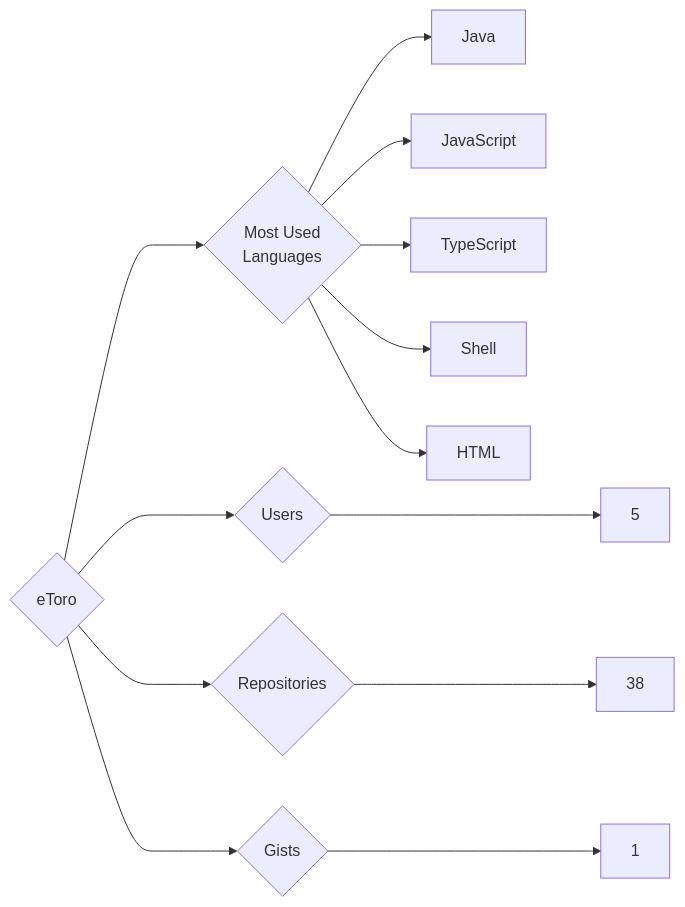
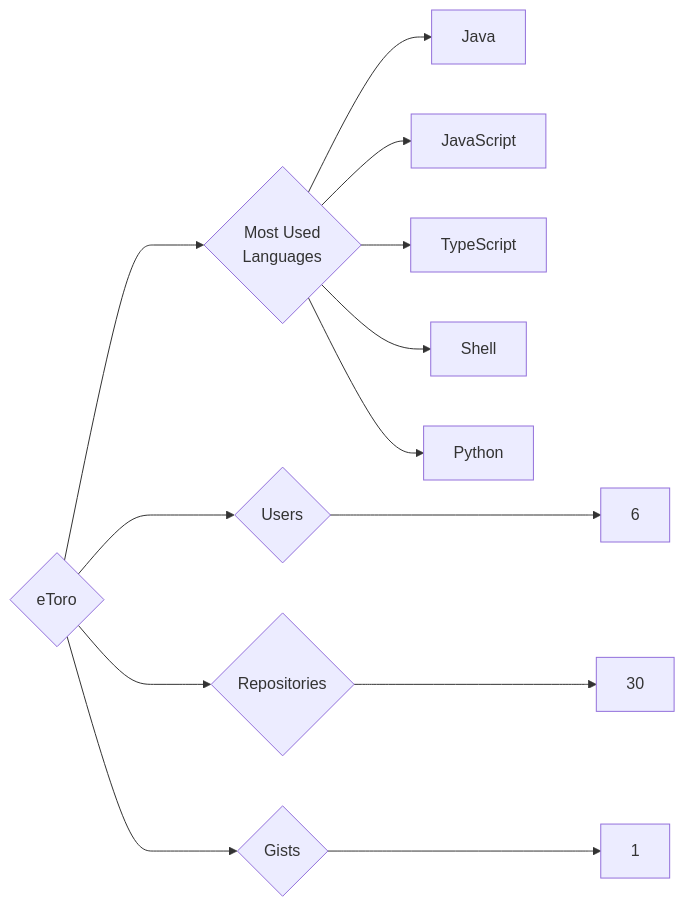
Before and after one commit to trickest/insiders: the diagram in targets/eToro/README.md, drawn with Mermaid. The commit also changed 1055 other files, not shown here.

````diff
--- a/targets/eToro/README.md
+++ b/targets/eToro/README.md
@@ -3,13 +3,13 @@
 ```mermaid
 graph LR
 COMPANY_NAME{eToro}
-COMPANY_NAME ---> U{Users} ---> UN[5]
-COMPANY_NAME ---> R{Repositories} ---> RN[38]
+COMPANY_NAME ---> U{Users} ---> UN[6]
+COMPANY_NAME ---> R{Repositories} ---> RN[30]
 COMPANY_NAME ---> G{Gists} ---> GN[1]
 COMPANY_NAME ---> ML{Most Used<br>Languages}
 ML --> Java[Java]
 ML --> JavaScript[JavaScript]
 ML --> TypeScript[TypeScript]
 ML --> Shell[Shell]
-ML --> HTML[HTML]
+ML --> Python[Python]
 ```
````
